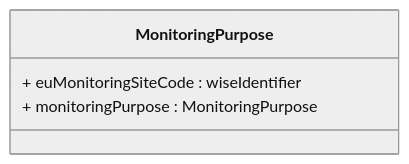
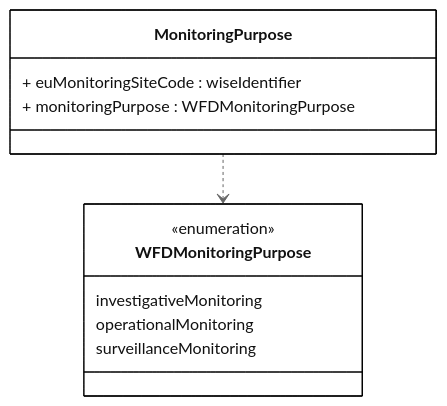
One commit to eeadata/WISE.WFD.Documentation changed the diagram in docs/DataModelReview/mmd/Monitoring_4thCycle_MonitoringPurpose_ClassDiagram.mmd. Above: the diagram before and after it, drawn with Mermaid. The commit also changed 15 other files, not shown here.

```diff
--- a/docs/DataModelReview/mmd/Monitoring_4thCycle_MonitoringPurpose_ClassDiagram.mmd
+++ b/docs/DataModelReview/mmd/Monitoring_4thCycle_MonitoringPurpose_ClassDiagram.mmd
@@ -1,13 +1,26 @@
 ---
 config:
   class:
     hideEmptyMembersBox: true
   layout: dagre
   theme: neutral
 ---
 classDiagram
-direction LR
+direction TB
+
 class MonitoringPurpose{
   + euMonitoringSiteCode : wiseIdentifier
-  + monitoringPurpose : MonitoringPurpose
+  + monitoringPurpose : WFDMonitoringPurpose
 }
+
+class WFDMonitoringPurpose{
+    <<enumeration>>
+    investigativeMonitoring
+    operationalMonitoring
+    surveillanceMonitoring
+    }     
+
+MonitoringPurpose ..> WFDMonitoringPurpose
+
+classDef default fill:white,stroke:#000;
+classDef forFixing fill:white,stroke:#f00;
```
